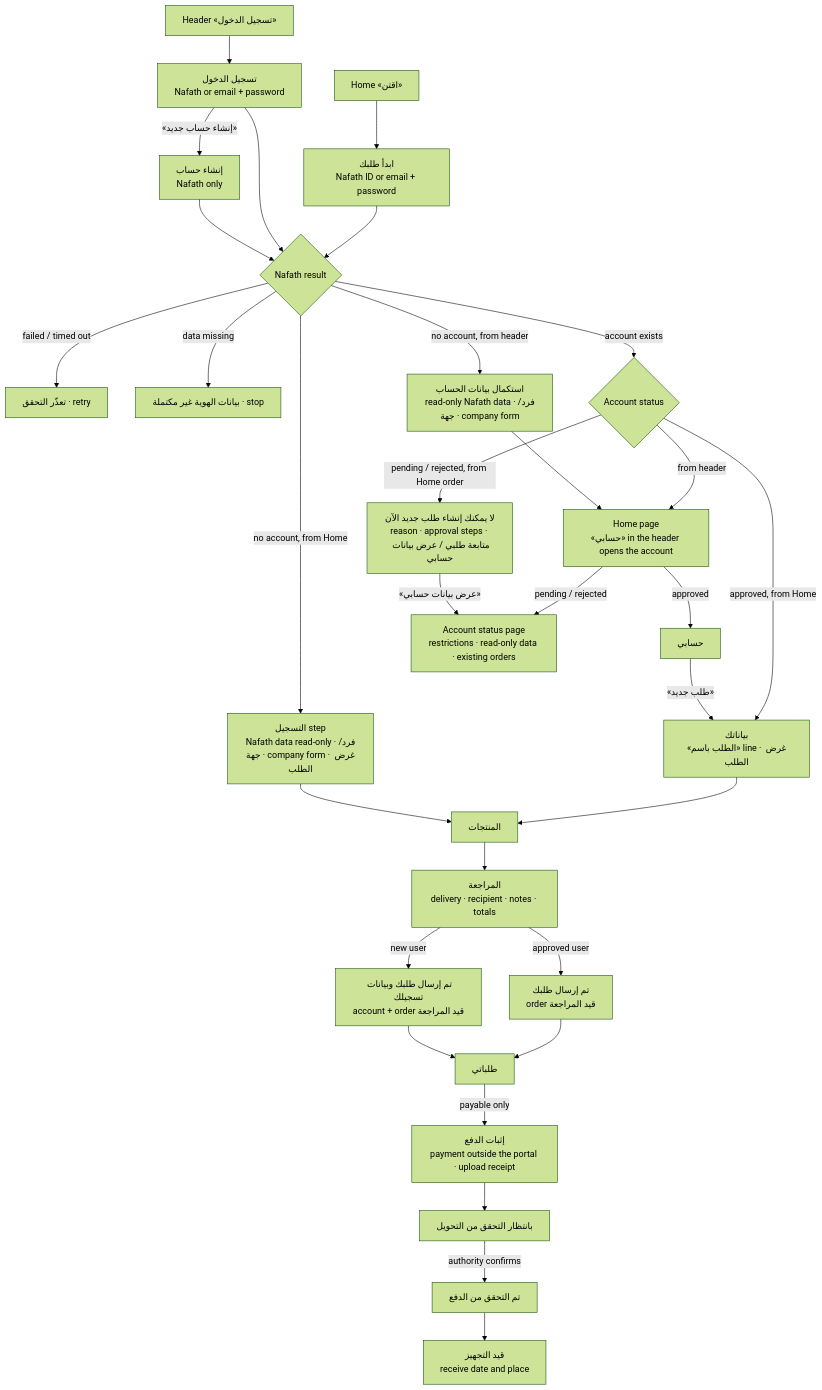
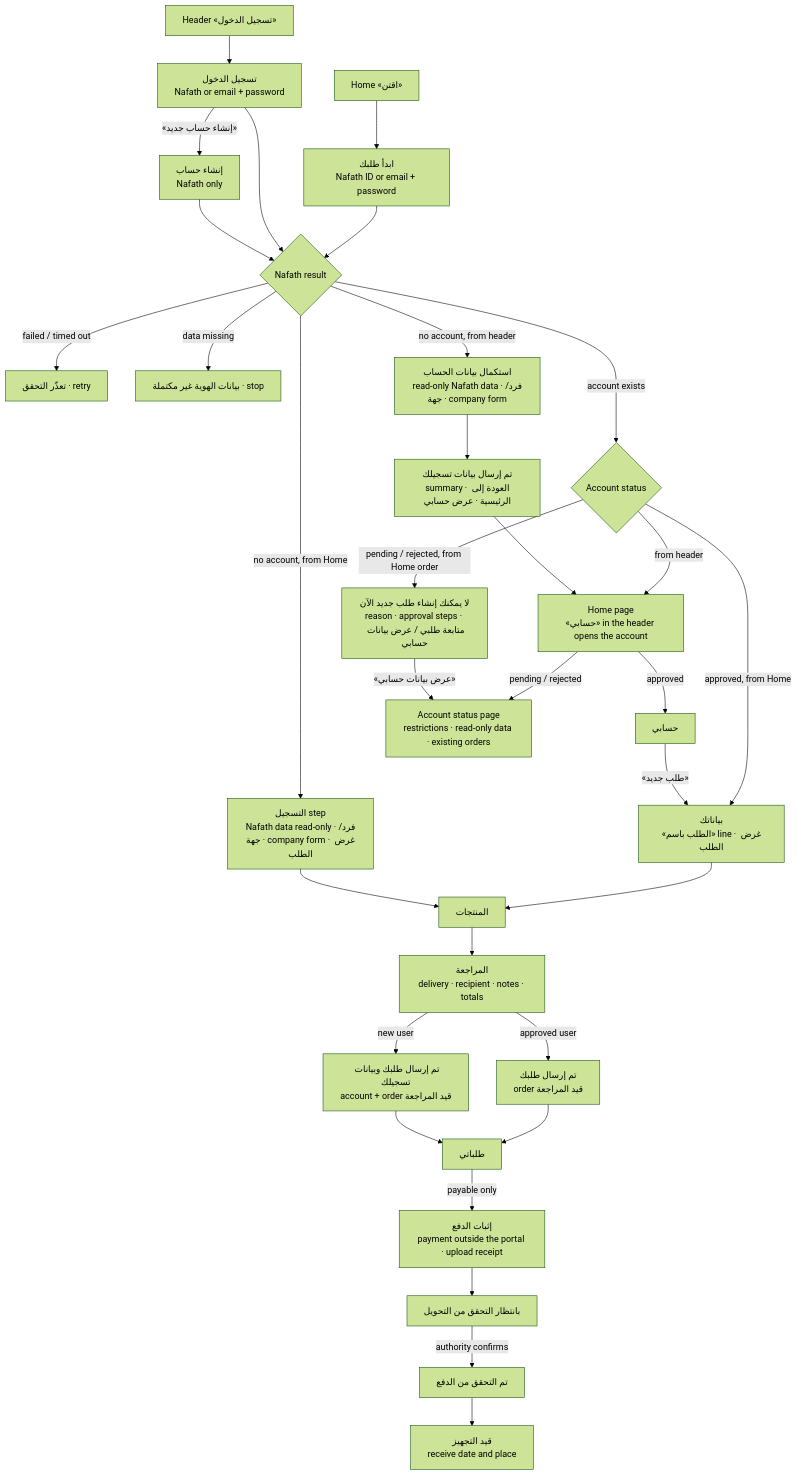
One commit to hagersaeedd363-lgtm/NTG changed the first of 3 diagrams in app/docs/portal-ux.md. Above: the diagram before and after it, drawn with Mermaid (forest theme). The commit also changed 6 other files, not shown here.

````diff
--- a/app/docs/portal-ux.md
+++ b/app/docs/portal-ux.md
@@ -8,30 +8,30 @@
 ```mermaid
 flowchart TD
   H[Home «اقتن»] --> ID[ابدأ طلبك<br/>Nafath ID or email + password]
   N[Header «تسجيل الدخول»] --> L[تسجيل الدخول<br/>Nafath or email + password]
   L -- «إنشاء حساب جديد» --> R[إنشاء حساب<br/>Nafath only]
   ID --> V{Nafath result}
   L --> V
   R --> V
   V -- failed / timed out --> VF[تعذّر التحقق · retry]
   V -- data missing --> VM[بيانات الهوية غير مكتملة · stop]
   V -- account exists --> A{Account status}
   V -- no account, from Home --> REG1[التسجيل step<br/>Nafath data read-only · فرد/جهة · company form · غرض الطلب]
   V -- no account, from header --> REG2[استكمال بيانات الحساب<br/>read-only Nafath data · فرد/جهة · company form]
   A -- approved, from Home --> SUM[بياناتك<br/>«الطلب باسم» line · غرض الطلب]
   A -- from header --> HM[Home page<br/>«حسابي» in the header opens the account]
   HM -- approved --> P[حسابي]
   HM -- pending / rejected --> ST[Account status page<br/>restrictions · read-only data · existing orders]
   A -- pending / rejected, from Home order --> BL[لا يمكنك إنشاء طلب جديد الآن<br/>reason · approval steps · متابعة طلبي / عرض بيانات حسابي]
   BL -- «عرض بيانات حسابي» --> ST
   P -- «طلب جديد» --> SUM
   SUM --> PR[المنتجات] --> RV[المراجعة<br/>delivery · recipient · notes · totals]
   REG1 --> PR
   RV -- approved user --> D1[تم إرسال طلبك<br/>order قيد المراجعة]
   RV -- new user --> D2[تم إرسال طلبك وبيانات تسجيلك<br/>account + order قيد المراجعة]
-  REG2 --> HM
+  REG2 --> RGD[تم إرسال بيانات تسجيلك<br/>summary · العودة إلى الرئيسية · عرض حسابي] --> HM
   D1 --> O[طلباتي]
   D2 --> O
   O -- payable only --> PAY[إثبات الدفع<br/>payment outside the portal · upload receipt]
   PAY --> VER[بانتظار التحقق من التحويل] -- authority confirms --> PAID[تم التحقق من الدفع] --> PREP[قيد التجهيز<br/>receive date and place]
 ```
````
